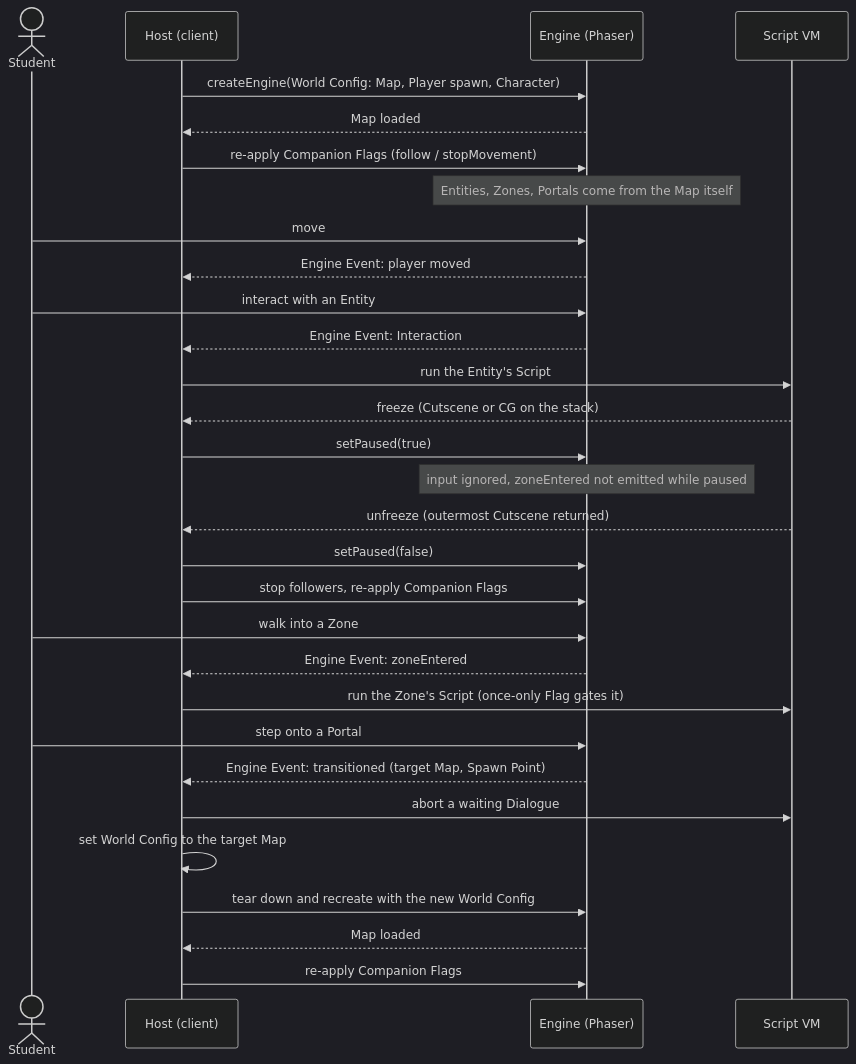
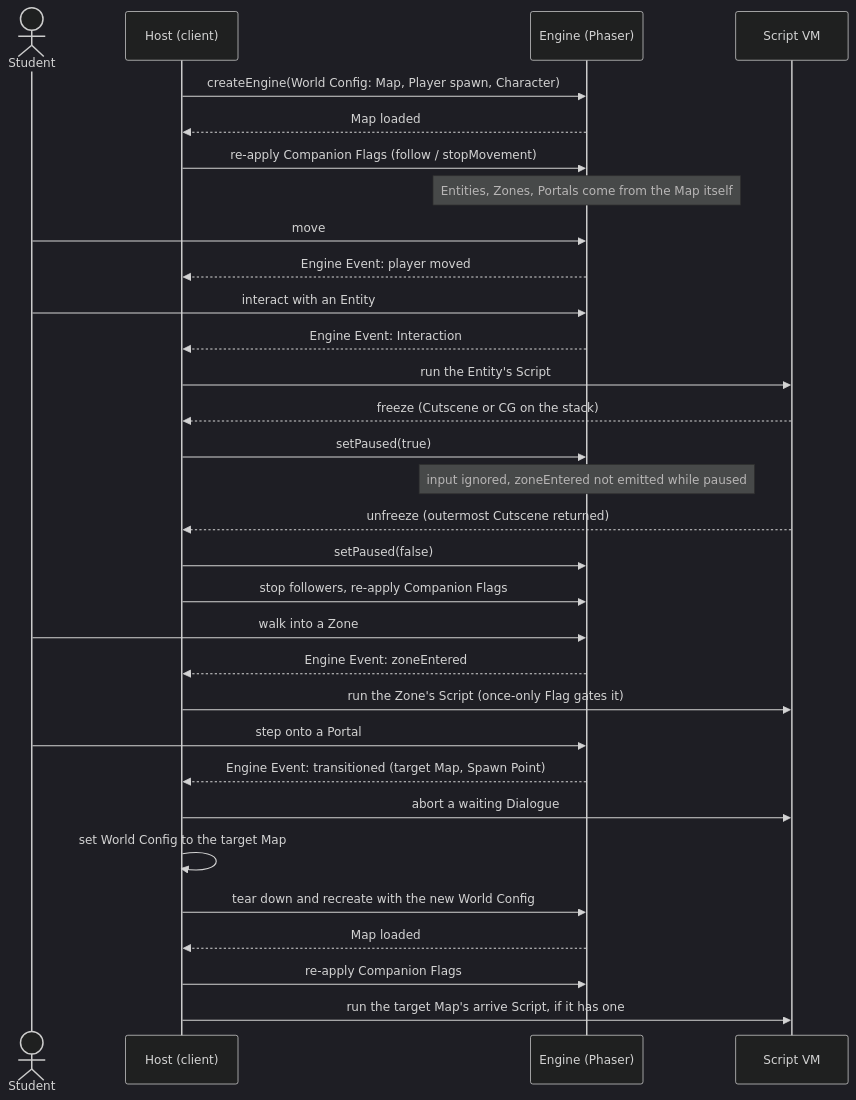
Before and after one commit to Palmkonde/rpg-webbase: the diagram in docs/mermaid/host-engine-runtime.md, drawn with Mermaid (dark theme). The commit also changed 5 other files, not shown here.

First line of the commit message:
feat(client): arriving through a Portal runs the Map's arrive Script

````diff
--- a/docs/mermaid/host-engine-runtime.md
+++ b/docs/mermaid/host-engine-runtime.md
@@ -1,36 +1,37 @@
 ```mermaid
 sequenceDiagram
   actor Student
   participant Host as Host (client)
   participant Engine as Engine (Phaser)
   participant VM as Script VM
 
   Host->>Engine: createEngine(World Config: Map, Player spawn, Character)
   Engine-->>Host: Map loaded
   Host->>Engine: re-apply Companion Flags (follow / stopMovement)
   Note over Engine: Entities, Zones, Portals come from the Map itself
 
   Student->>Engine: move
   Engine-->>Host: Engine Event: player moved
   Student->>Engine: interact with an Entity
   Engine-->>Host: Engine Event: Interaction
   Host->>VM: run the Entity's Script
   VM-->>Host: freeze (Cutscene or CG on the stack)
   Host->>Engine: setPaused(true)
   Note over Engine: input ignored, zoneEntered not emitted while paused
   VM-->>Host: unfreeze (outermost Cutscene returned)
   Host->>Engine: setPaused(false)
   Host->>Engine: stop followers, re-apply Companion Flags
 
   Student->>Engine: walk into a Zone
   Engine-->>Host: Engine Event: zoneEntered
   Host->>VM: run the Zone's Script (once-only Flag gates it)
 
   Student->>Engine: step onto a Portal
   Engine-->>Host: Engine Event: transitioned (target Map, Spawn Point)
   Host->>VM: abort a waiting Dialogue
   Host->>Host: set World Config to the target Map
   Host->>Engine: tear down and recreate with the new World Config
   Engine-->>Host: Map loaded
   Host->>Engine: re-apply Companion Flags
+  Host->>VM: run the target Map's arrive Script, if it has one
 ```
````
